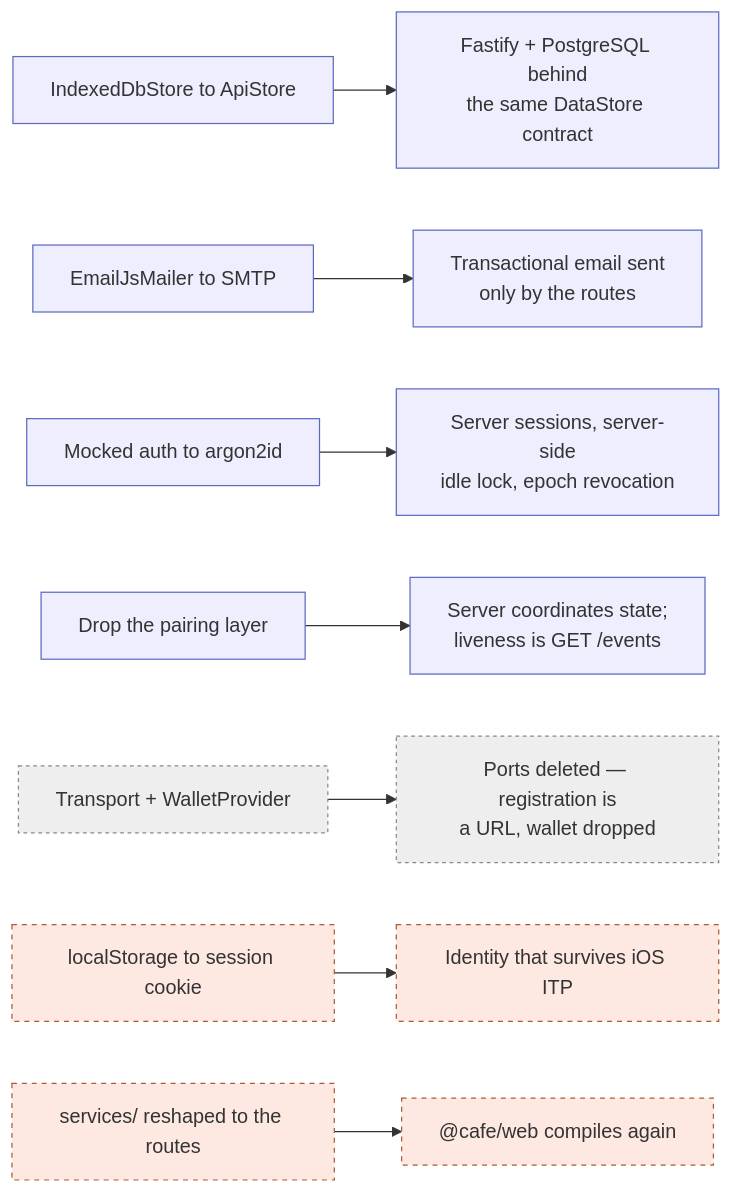
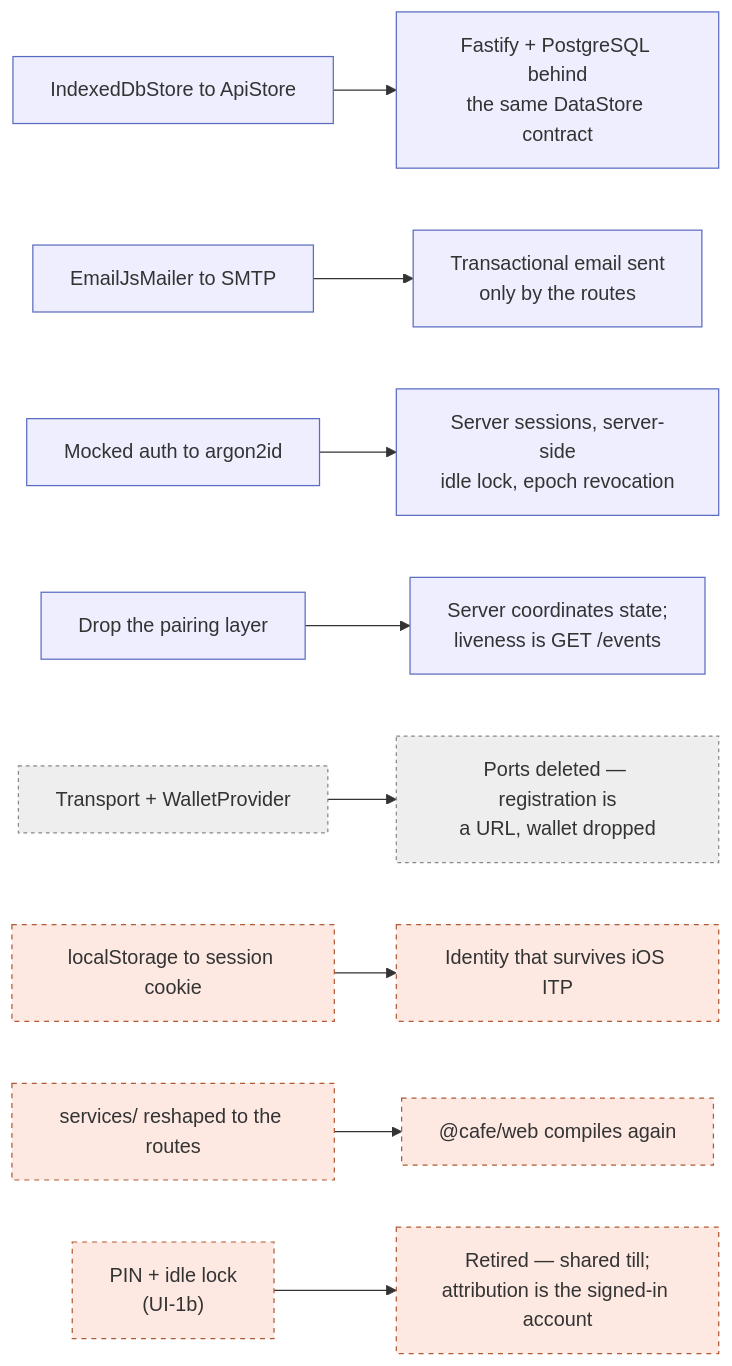
The sixth of 6 diagrams in README.md (misch0n/loyalty-system), drawn with Mermaid before and after one commit. The commit also changed other lines of this file and 7 other files, not shown here.

````diff
--- a/README.md
+++ b/README.md
@@ -500,14 +533,15 @@
 ```mermaid
 flowchart LR
     A["IndexedDbStore to ApiStore"]:::done --> B["Fastify + PostgreSQL behind<br/>the same DataStore contract"]:::done
     E["EmailJsMailer to SMTP"]:::done --> F["Transactional email sent<br/>only by the routes"]:::done
     K["Mocked auth to argon2id"]:::done --> L["Server sessions, server-side<br/>idle lock, epoch revocation"]:::done
     M["Drop the pairing layer"]:::done --> N["Server coordinates state;<br/>liveness is GET /events"]:::done
     O["Transport + WalletProvider"]:::cut --> P["Ports deleted — registration is<br/>a URL, wallet dropped"]:::cut
     G["localStorage to session cookie"]:::todo --> H["Identity that survives iOS ITP"]:::todo
     Q["services/ reshaped to the routes"]:::todo --> R["@cafe/web compiles again"]:::todo
+    S["PIN + idle lock<br/>(UI-1b)"]:::todo --> T["Retired — shared till;<br/>attribution is the signed-in account"]:::todo
 
     classDef done fill:#eef,stroke:#5b6cc0;
     classDef cut fill:#eee,stroke:#888,stroke-dasharray:3;
     classDef todo fill:#fde9e2,stroke:#af5a33,stroke-dasharray:4;
 ```
````
